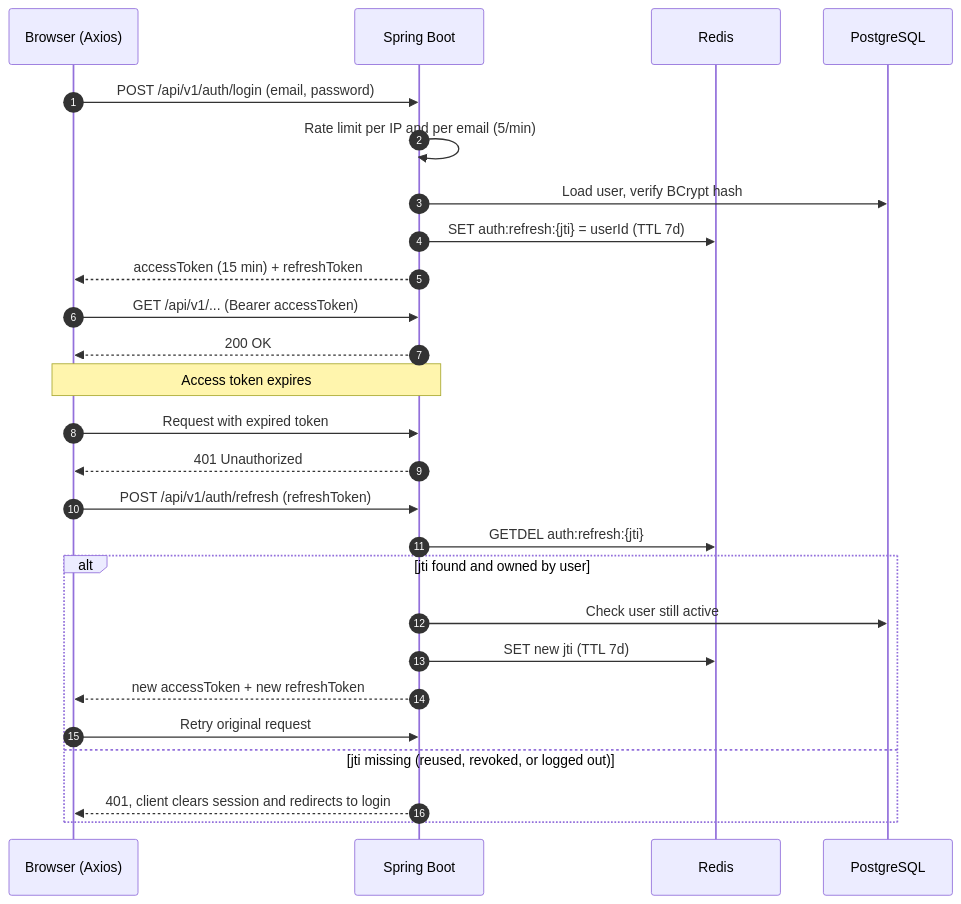
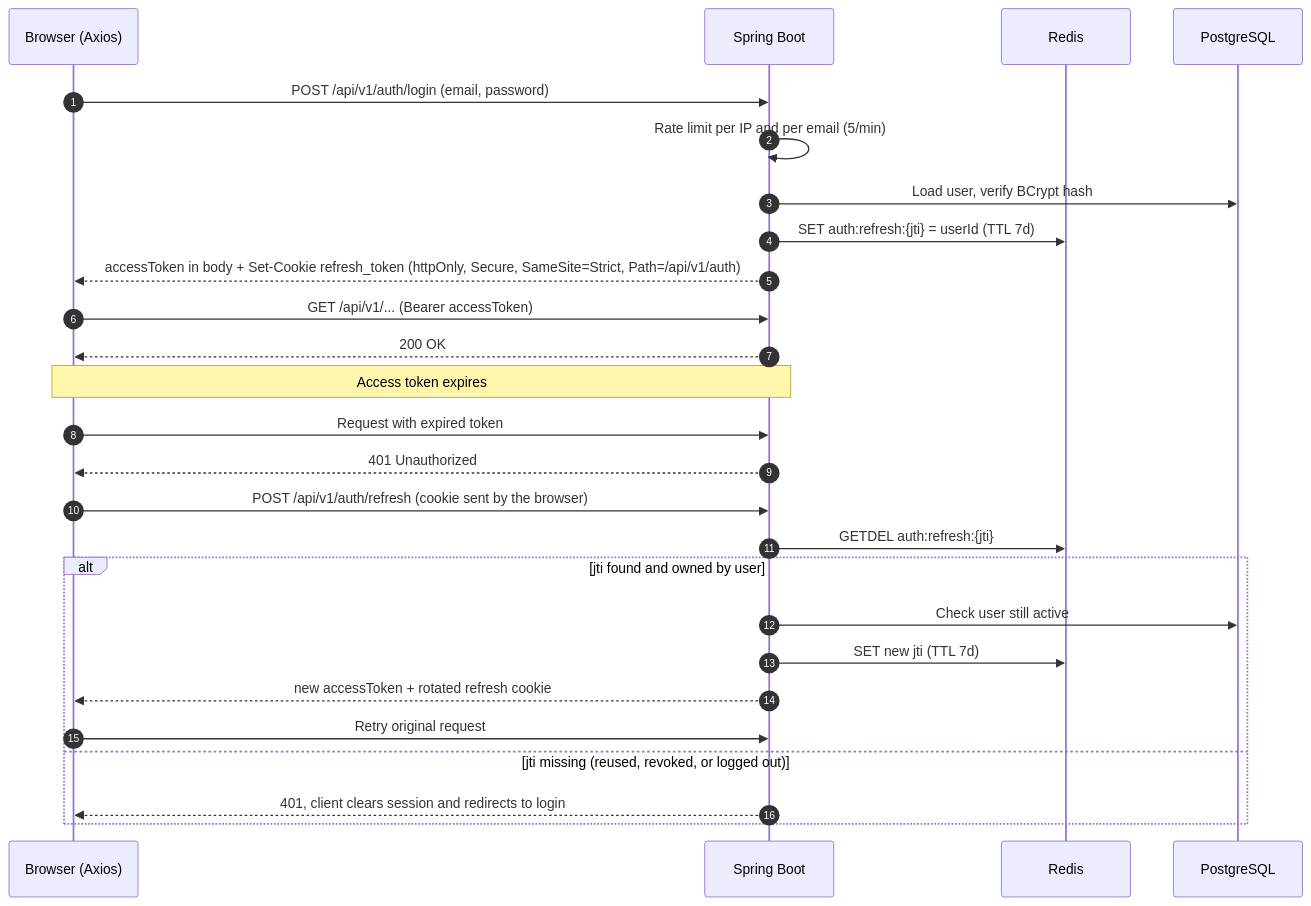
Before and after one commit to mfarim/spring-elearning-react: the third of 5 diagrams in docs/ARCHITECTURE.md, drawn with Mermaid. The commit also changed other lines of this file and 5 other files, not shown here.

Commit message:
docs: document scaling roadmap implementations and add JaCoCo test coverage in CI

````diff
--- a/docs/ARCHITECTURE.md
+++ b/docs/ARCHITECTURE.md
@@ -150,31 +152,31 @@
 ```mermaid
 sequenceDiagram
     autonumber
     participant B as Browser (Axios)
     participant API as Spring Boot
     participant R as Redis
     participant DB as PostgreSQL
 
     B->>API: POST /api/v1/auth/login (email, password)
     API->>API: Rate limit per IP and per email (5/min)
     API->>DB: Load user, verify BCrypt hash
     API->>R: SET auth:refresh:{jti} = userId (TTL 7d)
-    API-->>B: accessToken (15 min) + refreshToken
+    API-->>B: accessToken in body + Set-Cookie refresh_token (httpOnly, Secure, SameSite=Strict, Path=/api/v1/auth)
 
     B->>API: GET /api/v1/... (Bearer accessToken)
     API-->>B: 200 OK
 
     Note over B,API: Access token expires
     B->>API: Request with expired token
     API-->>B: 401 Unauthorized
-    B->>API: POST /api/v1/auth/refresh (refreshToken)
+    B->>API: POST /api/v1/auth/refresh (cookie sent by the browser)
     API->>R: GETDEL auth:refresh:{jti}
     alt jti found and owned by user
         API->>DB: Check user still active
         API->>R: SET new jti (TTL 7d)
-        API-->>B: new accessToken + new refreshToken
+        API-->>B: new accessToken + rotated refresh cookie
         B->>API: Retry original request
     else jti missing (reused, revoked, or logged out)
         API-->>B: 401, client clears session and redirects to login
     end
 ```
````
